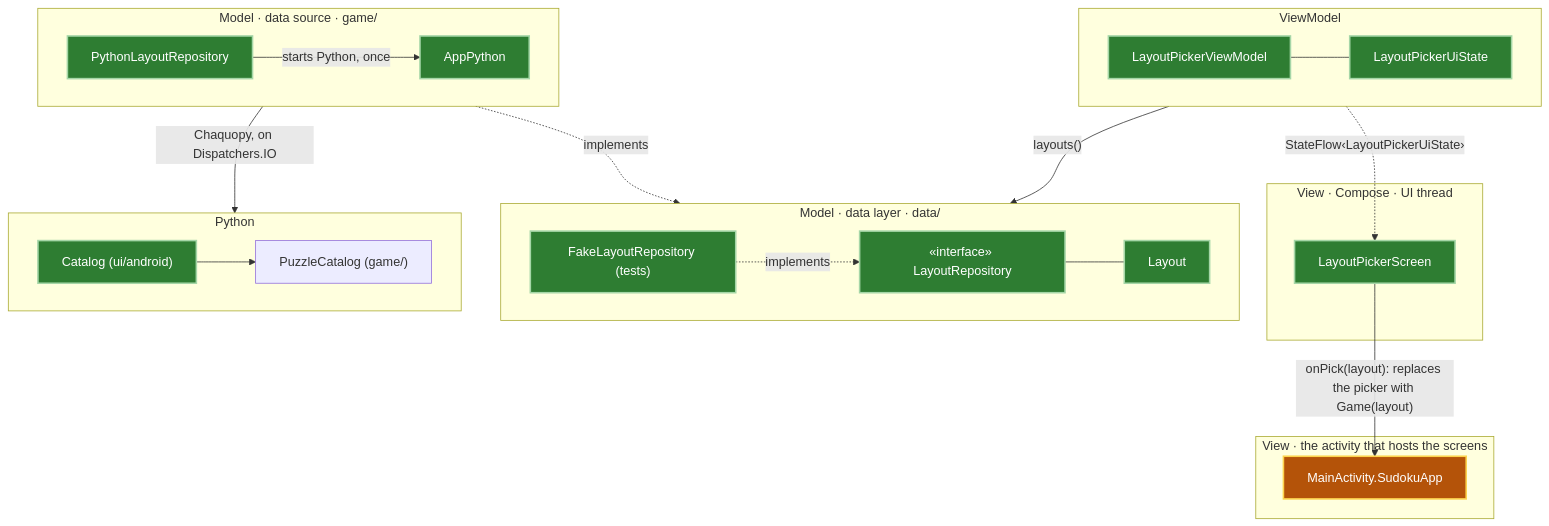
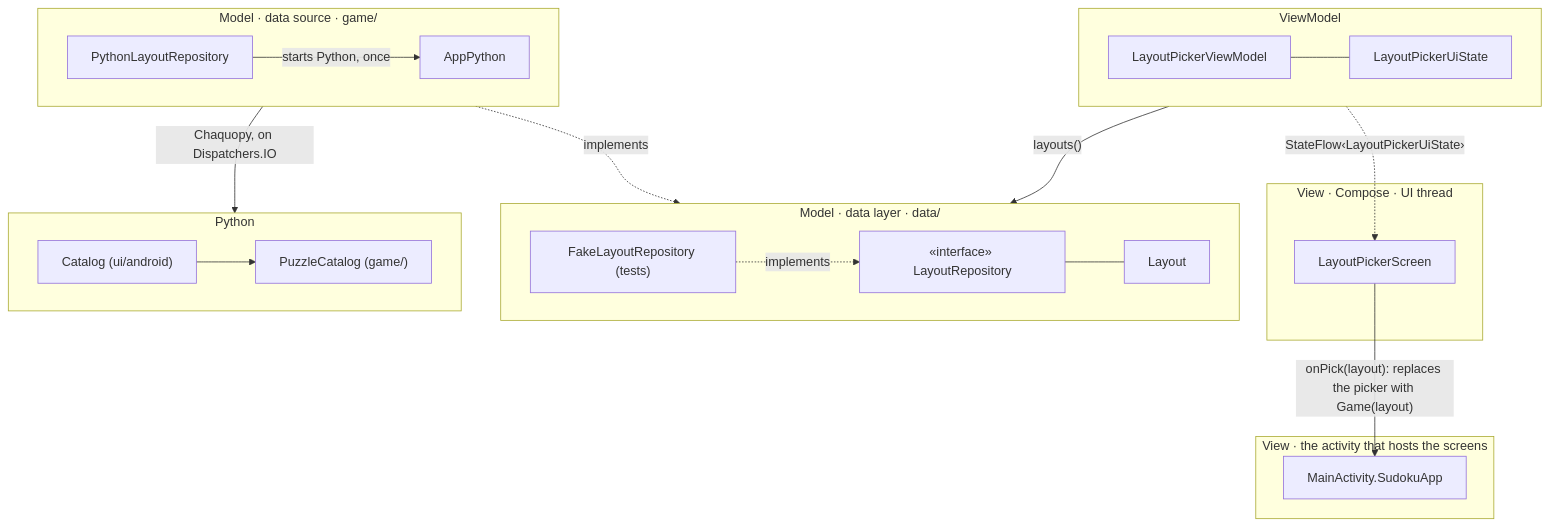
The fourth of 8 diagrams in android/docs/architecture.md (aivanov61/sudoku-solver), drawn with Mermaid before and after one commit. The commit also changed other lines of this file and 22 other files, not shown here.

Commit message:
Auto-save the game in progress to the app's storage whenever the app is stopped, restore it when the game starts and resume its layout from the splash, keeping with a warning a save file that can't be restored until there is something to save.

````diff
--- a/android/docs/architecture.md
+++ b/android/docs/architecture.md
@@ -149,44 +191,38 @@
 ```mermaid
 flowchart TB
     subgraph Host["View · the activity that hosts the screens"]
         SudokuApp["MainActivity.SudokuApp"]
     end
 
     subgraph View["View · Compose · UI thread"]
         LayoutPickerScreen
     end
 
     subgraph VM["ViewModel"]
         direction LR
         LayoutPickerViewModel --- LayoutPickerUiState
     end
 
     subgraph DataLayer["Model · data layer · data/"]
         direction LR
         LayoutRepository["«interface» LayoutRepository"]
         FakeLayoutRepository["FakeLayoutRepository (tests)"] -. implements .-> LayoutRepository
         LayoutRepository --- Layout
     end
 
     subgraph DataSource["Model · data source · game/"]
         direction LR
         PythonLayoutRepository -- "starts Python, once" --> AppPython
     end
 
     subgraph Python["Python"]
         direction LR
         Catalog["Catalog (ui/android)"] --> PuzzleCatalog["PuzzleCatalog (game/)"]
     end
 
     LayoutPickerScreen -- "onPick(layout): replaces the picker with Game(layout)" --> SudokuApp
     LayoutPickerViewModel -. "StateFlow‹LayoutPickerUiState›" .-> LayoutPickerScreen
     LayoutPickerViewModel -- "layouts()" --> LayoutRepository
     PythonLayoutRepository -. implements .-> LayoutRepository
     PythonLayoutRepository -- "Chaquopy, on Dispatchers.IO" --> Catalog
-
-    classDef new fill:#2e7d32,stroke:#a5d6a7,stroke-width:2px,color:#ffffff
-    classDef changed fill:#b45309,stroke:#fcd34d,stroke-width:2px,color:#ffffff
-    class SudokuApp changed
-    class LayoutPickerScreen,LayoutPickerViewModel,LayoutPickerUiState,LayoutRepository,Layout new
-    class FakeLayoutRepository,PythonLayoutRepository,AppPython,Catalog new
 ```
````
